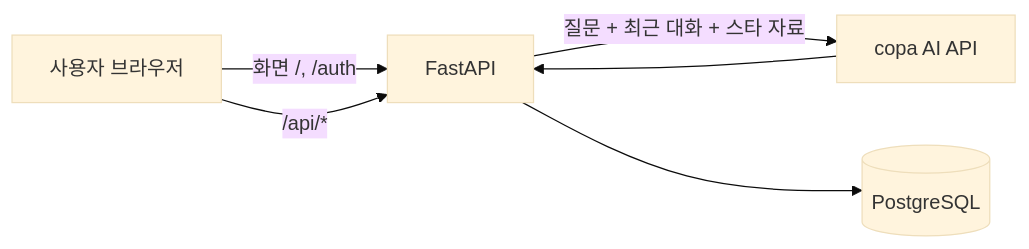
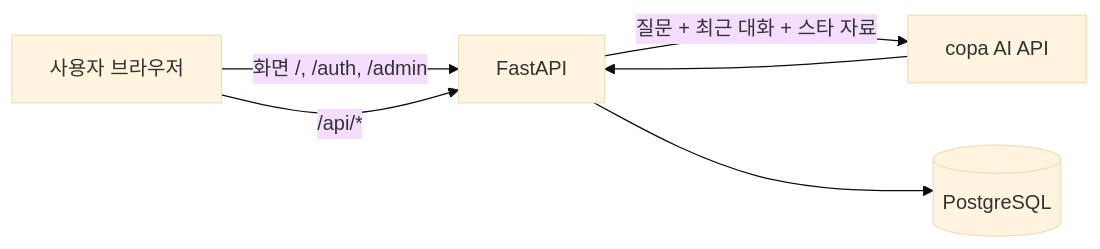
One commit to innurhap28/Next-Star-Hunter.bot changed the diagram in docs/ARCHITECTURE.md. Above: the diagram before and after it, drawn with Mermaid (base theme). The commit also changed other lines of this file and 2 other files, not shown here.

Commit message:
docs: 관리자 화면 경로와 사용 방법 정리

````diff
--- a/docs/ARCHITECTURE.md
+++ b/docs/ARCHITECTURE.md
@@ -5,8 +5,8 @@
 ```mermaid
 flowchart LR
-    U[사용자 브라우저] -->|"화면 /, /auth"| A[FastAPI]
+    U[사용자 브라우저] -->|"화면 /, /auth, /admin"| A[FastAPI]
     U -->|"/api/*"| A
     A -->|"질문 + 최근 대화 + 스타 자료"| AI[copa AI API]
     AI --> A
     A --> DB[(PostgreSQL)]
 ```
````
